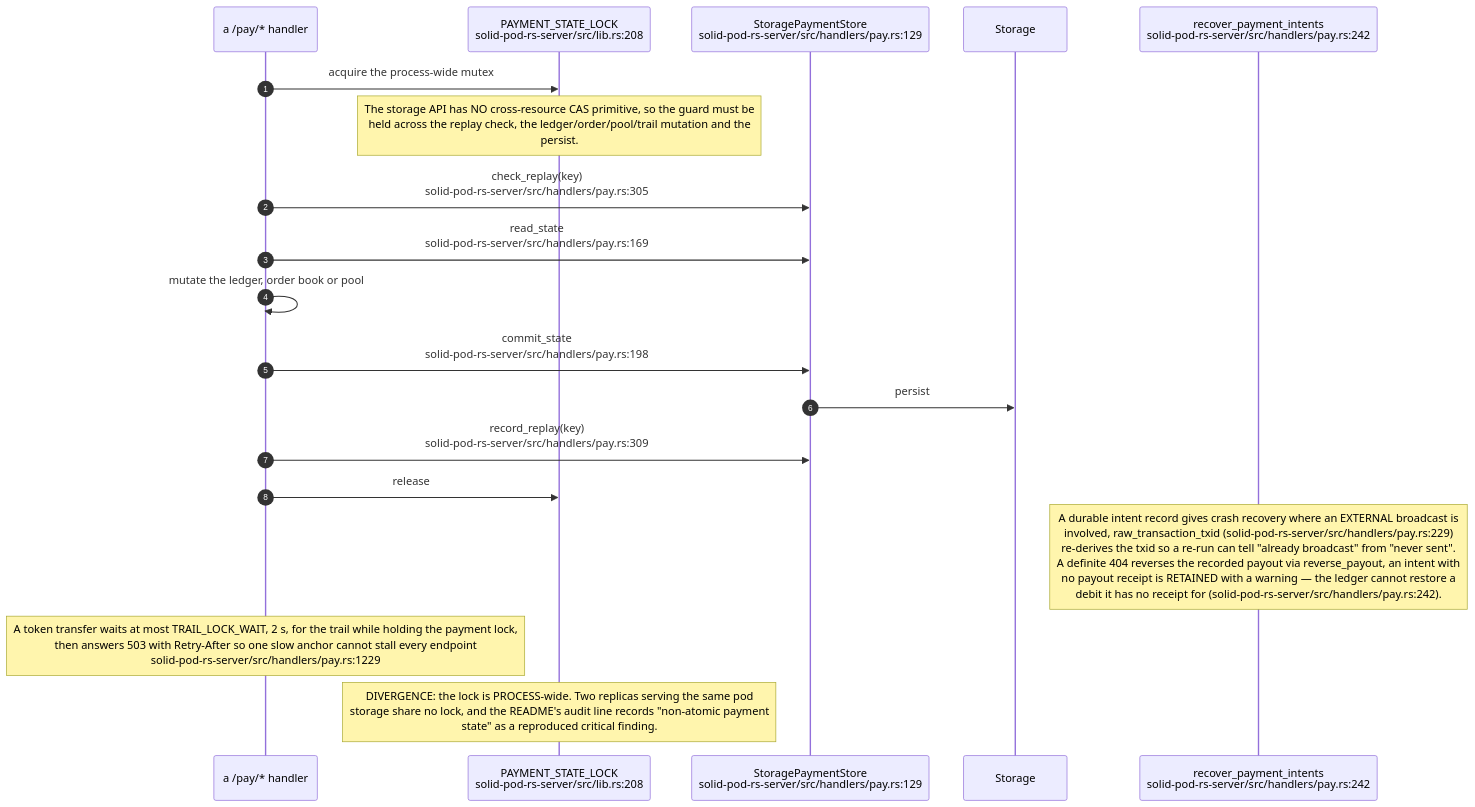
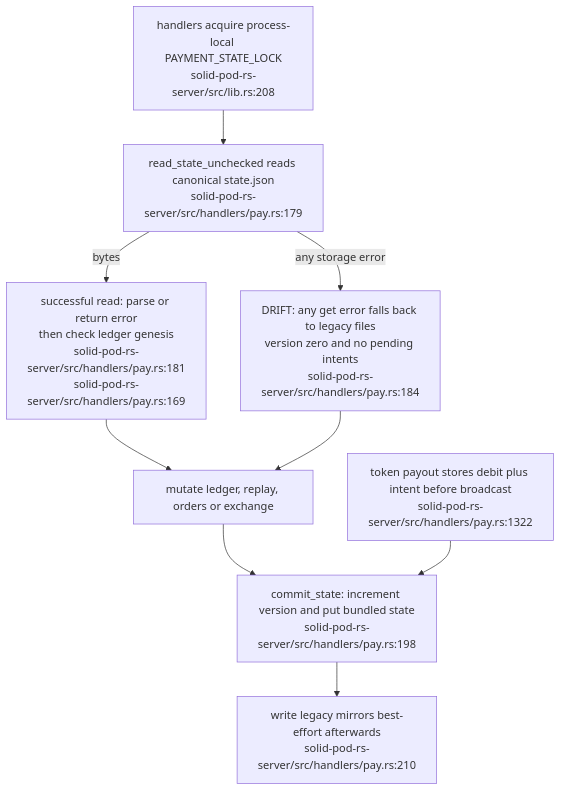
One commit to DreamLab-AI/VisionFlow changed diagram 14 of 19 in docs/diagrams/solid-pod-rs/07-provenance-and-payments.md. Above: the diagram before and after it, drawn with Mermaid. The commit also changed other lines of this file and 54 other files, not shown here.

Commit message:
docs: reconcile parallel audit, payment evidence and narrowed roster

````diff
--- a/docs/diagrams/solid-pod-rs/07-provenance-and-payments.md
+++ b/docs/diagrams/solid-pod-rs/07-provenance-and-payments.md
@@ -441,23 +398,16 @@
 ```mermaid
-sequenceDiagram
-    autonumber
-    participant H as a /pay/* handler
-    participant L as PAYMENT_STATE_LOCK<br/>solid-pod-rs-server/src/lib.rs:208
-    participant PS as StoragePaymentStore<br/>solid-pod-rs-server/src/handlers/pay.rs:129
-    participant S as Storage
-    participant RC as recover_payment_intents<br/>solid-pod-rs-server/src/handlers/pay.rs:242
-
-    H->>L: acquire the process-wide mutex
-    Note over L: The storage API has NO cross-resource CAS primitive, so the guard must be<br/>held across the replay check, the ledger/order/pool/trail mutation and the<br/>persist.
-    H->>PS: check_replay(key)<br/>solid-pod-rs-server/src/handlers/pay.rs:305
-    H->>PS: read_state<br/>solid-pod-rs-server/src/handlers/pay.rs:169
-    H->>H: mutate the ledger, order book or pool
-    H->>PS: commit_state<br/>solid-pod-rs-server/src/handlers/pay.rs:198
-    PS->>S: persist
-    H->>PS: record_replay(key)<br/>solid-pod-rs-server/src/handlers/pay.rs:309
-    H->>L: release
-
-    Note over RC: A durable intent record gives crash recovery where an EXTERNAL broadcast is<br/>involved, raw_transaction_txid (solid-pod-rs-server/src/handlers/pay.rs:229)<br/>re-derives the txid so a re-run can tell "already broadcast" from "never sent".<br/>A definite 404 reverses the recorded payout via reverse_payout, an intent with<br/>no payout receipt is RETAINED with a warning — the ledger cannot restore a<br/>debit it has no receipt for (solid-pod-rs-server/src/handlers/pay.rs:242).
-    Note over H: A token transfer waits at most TRAIL_LOCK_WAIT, 2 s, for the trail while holding the payment lock,<br/>then answers 503 with Retry-After so one slow anchor cannot stall every endpoint<br/>solid-pod-rs-server/src/handlers/pay.rs:1229
-    Note over L: DIVERGENCE: the lock is PROCESS-wide. Two replicas serving the same pod<br/>storage share no lock, and the README's audit line records "non-atomic payment<br/>state" as a reproduced critical finding.
+flowchart TD
+    LOCK["handlers acquire process-local PAYMENT_STATE_LOCK<br/>solid-pod-rs-server/src/lib.rs:208"]
+    READ["read_state_unchecked reads canonical state.json<br/>solid-pod-rs-server/src/handlers/pay.rs:179"]
+    PARSE["successful read: parse or return error<br/>then check ledger genesis<br/>solid-pod-rs-server/src/handlers/pay.rs:181<br/>solid-pod-rs-server/src/handlers/pay.rs:169"]
+    FALL["DRIFT: any get error falls back to legacy files<br/>version zero and no pending intents<br/>solid-pod-rs-server/src/handlers/pay.rs:184"]
+    MUTATE["mutate ledger, replay, orders or exchange"]
+    SAVE["commit_state: increment version and put bundled state<br/>solid-pod-rs-server/src/handlers/pay.rs:198"]
+    MIRROR["write legacy mirrors best-effort afterwards<br/>solid-pod-rs-server/src/handlers/pay.rs:210"]
+    INTENT["token payout stores debit plus intent before broadcast<br/>solid-pod-rs-server/src/handlers/pay.rs:1322"]
+    LOCK --> READ
+    READ -- bytes --> PARSE --> MUTATE
+    READ -- any storage error --> FALL --> MUTATE
+    MUTATE --> SAVE --> MIRROR
+    INTENT --> SAVE
 ```
````
